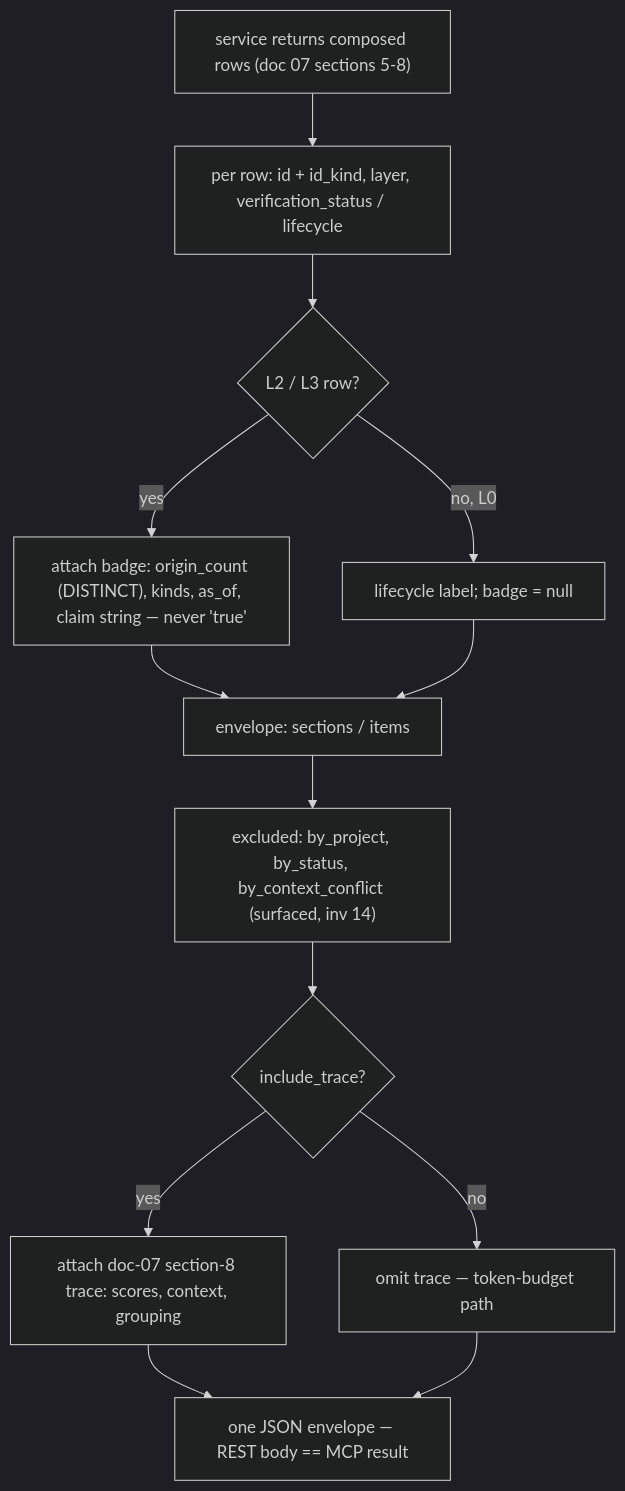
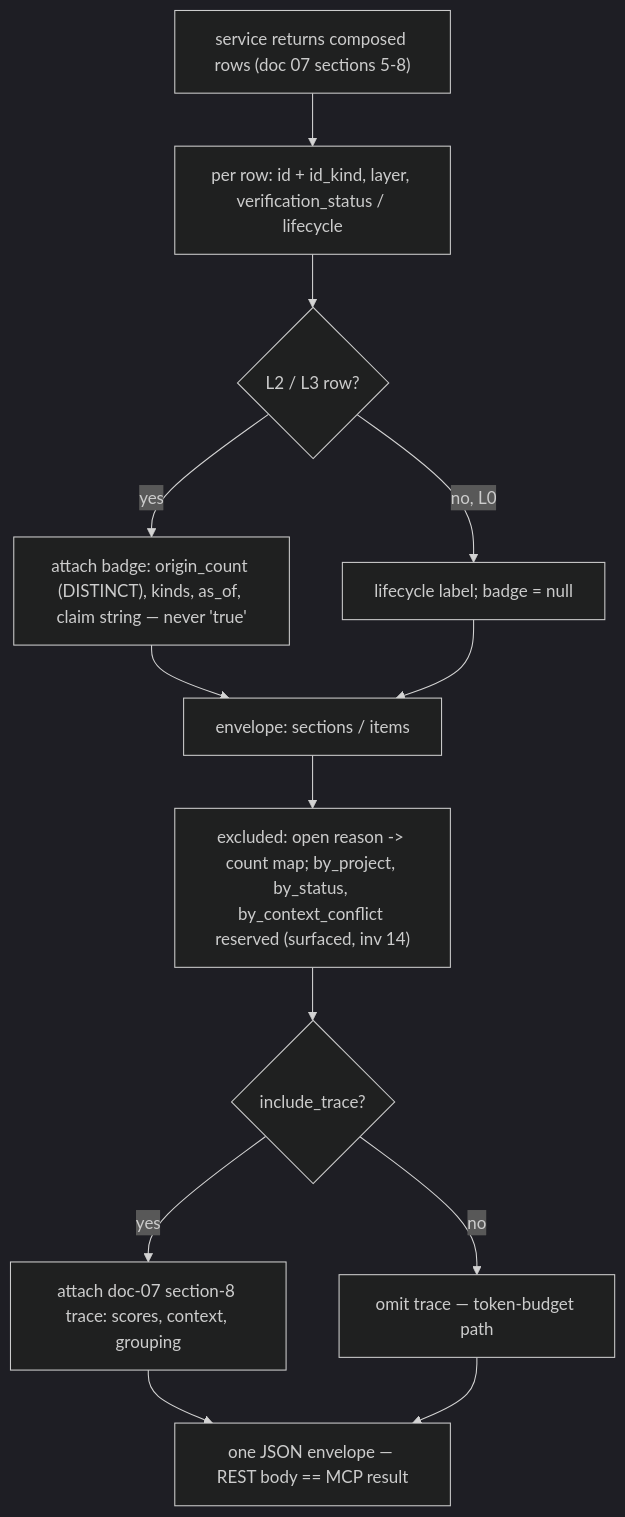
One commit to darkraise/darkmem changed the fifth of 8 diagrams in docs/design/12-api-and-mcp-contract.md. Above: the diagram before and after it, drawn with Mermaid (dark theme). The commit also changed other lines of this file and 2 other files, not shown here.

````diff
--- a/docs/design/12-api-and-mcp-contract.md
+++ b/docs/design/12-api-and-mcp-contract.md
@@ -286,16 +306,16 @@
 ```mermaid
 flowchart TD
     SVC["service returns composed rows (doc 07 sections 5-8)"]
     SVC --> ROW["per row: id + id_kind, layer, verification_status / lifecycle"]
     ROW --> BADGE{"L2 / L3 row?"}
     BADGE -->|yes| B["attach badge: origin_count (DISTINCT), kinds, as_of, claim string — never 'true'"]
     BADGE -->|no, L0| L["lifecycle label; badge = null"]
     B --> ENV["envelope: sections / items"]
     L --> ENV
-    ENV --> EXC["excluded: by_project, by_status, by_context_conflict (surfaced, inv 14)"]
+    ENV --> EXC["excluded: open reason -> count map; by_project, by_status, by_context_conflict reserved (surfaced, inv 14)"]
     EXC --> TR{"include_trace?"}
     TR -->|yes| T["attach doc-07 section-8 trace: scores, context, grouping"]
     TR -->|no| SKIP["omit trace — token-budget path"]
     T --> OUT["one JSON envelope — REST body == MCP result"]
     SKIP --> OUT
 ```
````
